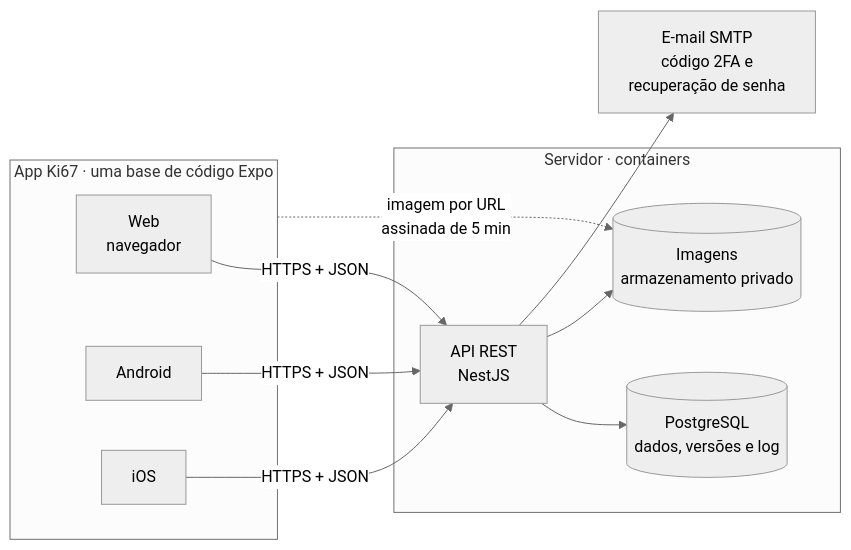
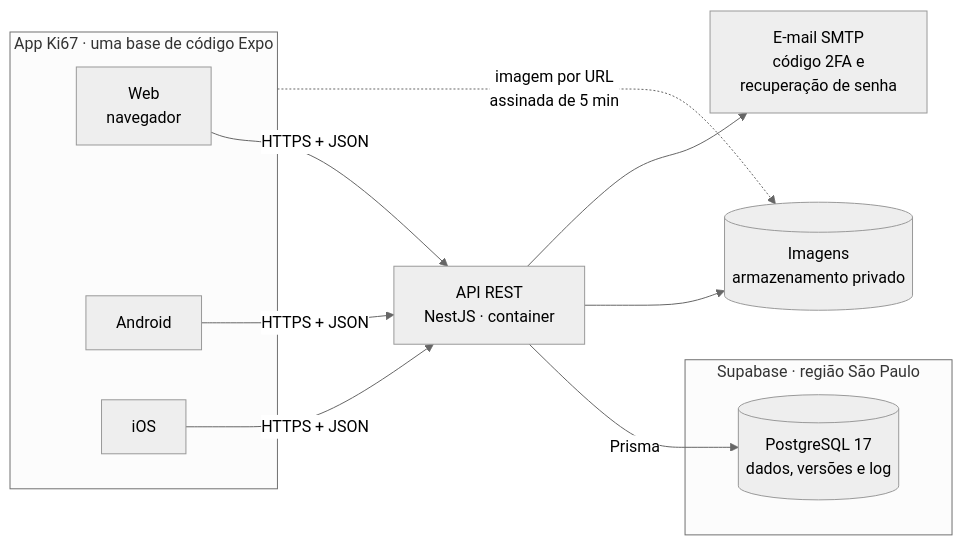
The first of 12 diagrams in docs/02-arquitetura.md (Matheus-Lordron/ki67), drawn with Mermaid (neutral theme) before and after one commit. The commit also changed other lines of this file and 5 other files, not shown here.

First line of the commit message:
docs: adota Supabase como banco de dados

````diff
--- a/docs/02-arquitetura.md
+++ b/docs/02-arquitetura.md
@@ -13,22 +13,23 @@
 ```mermaid
 flowchart LR
     subgraph App["App Ki67 · uma base de código Expo"]
         WEB["Web<br/>navegador"]
         AND["Android"]
         IOS["iOS"]
     end
 
-    subgraph Servidor["Servidor · containers"]
-        API["API REST<br/>NestJS"]
-        DB[("PostgreSQL<br/>dados, versões e log")]
-        ARQ[("Imagens<br/>armazenamento privado")]
+    API["API REST<br/>NestJS · container"]
+
+    subgraph Supabase["Supabase · região São Paulo"]
+        DB[("PostgreSQL 17<br/>dados, versões e log")]
     end
 
+    ARQ[("Imagens<br/>armazenamento privado")]
     SMTP["E-mail SMTP<br/>código 2FA e<br/>recuperação de senha"]
 
     WEB & AND & IOS -->|"HTTPS + JSON"| API
-    API --> DB
+    API -->|"Prisma"| DB
     API --> ARQ
     API --> SMTP
     App -.->|"imagem por URL<br/>assinada de 5 min"| ARQ
 ```
````
